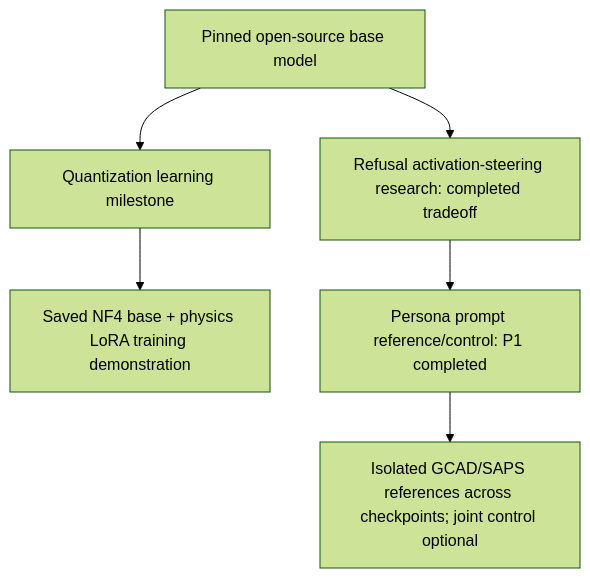
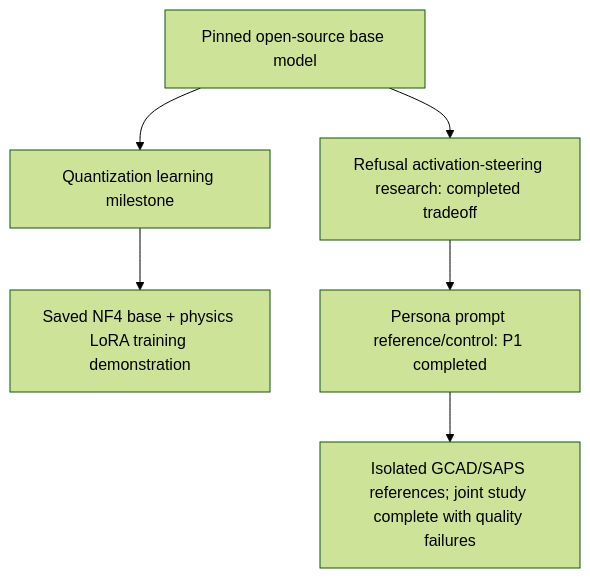
One commit to RenormalizationTech/tuneLLM changed the diagram in docs/project_tracks.md. Above: the diagram before and after it, drawn with Mermaid (forest theme). The commit also changed other lines of this file and 5 other files, not shown here.

````diff
--- a/docs/project_tracks.md
+++ b/docs/project_tracks.md
@@ -59,8 +68,8 @@
 ```mermaid
 flowchart TD
     Base["Pinned open-source base model"] --> Quant["Quantization learning milestone"]
     Quant --> Physics["Saved NF4 base + physics LoRA training demonstration"]
     Base --> Refusal["Refusal activation-steering research: completed tradeoff"]
     Refusal --> Prompt["Persona prompt reference/control: P1 completed"]
-    Prompt --> Persona["Isolated GCAD/SAPS references across checkpoints; joint control optional"]
+    Prompt --> Persona["Isolated GCAD/SAPS references; joint study complete with quality failures"]
 ```
````
